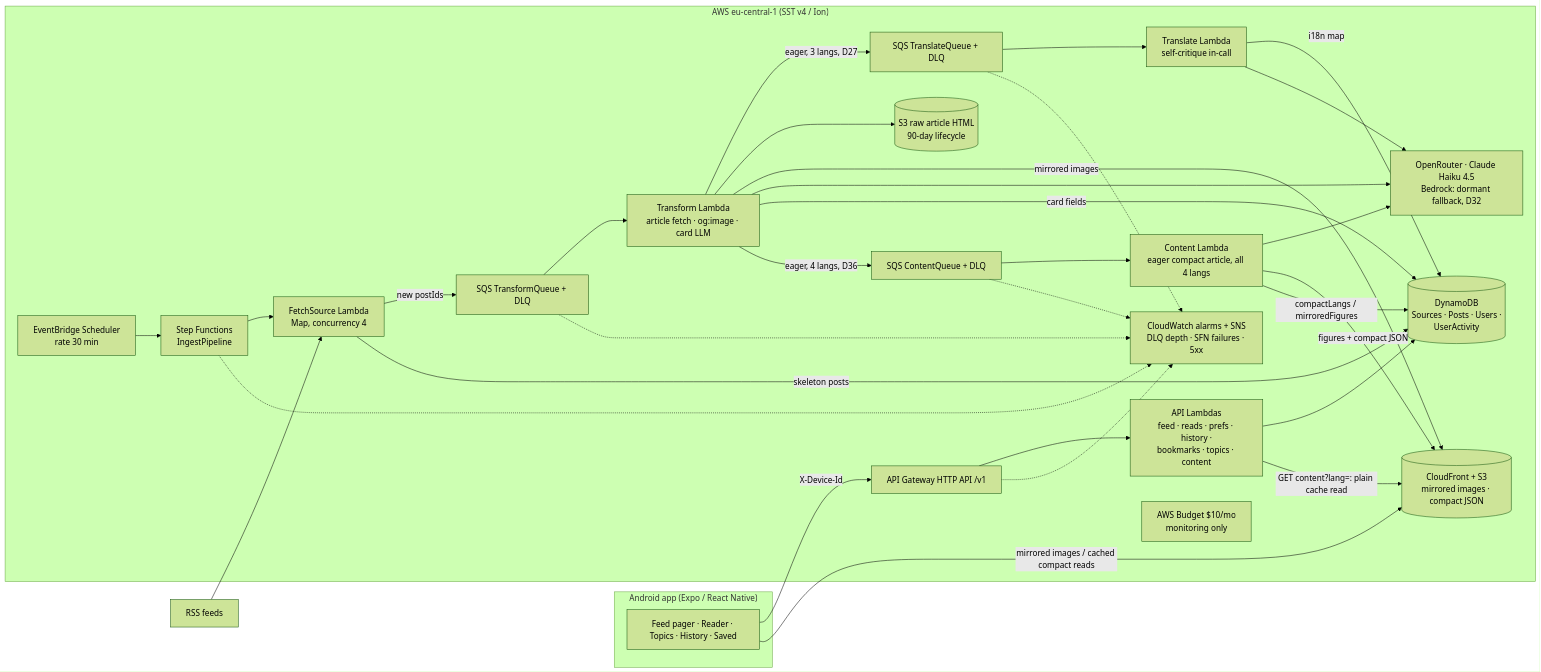
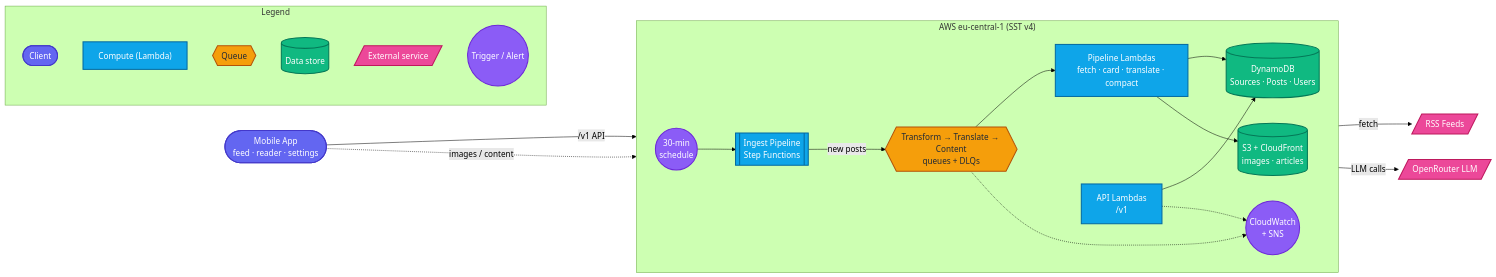
One commit to tormozz48/techtok changed the diagram in README.md. Above: the diagram before and after it, drawn with Mermaid (forest theme). The commit also changed other lines of this file and 2 other files, not shown here.

Commit message:
docs: simplify README architecture diagram, sync RUNBOOK/DISTRIBUTION with D31/D32/D36
README's mermaid diagram collapses ~20 nodes into a shape-coded flow (client/
compute/queue/data/external/trigger) with a legend, and the opening blurb
leads with the product pitch instead of phase/decision-log jargon.

RUNBOOK.md and DISTRIBUTION.md had drifted from the pipeline they document:
- RUNBOOK's cap-tuning playbook is gone (D31 deleted all daily LLM caps);
  replaced with a monitoring-only spend section covering the AWS Budget
  alarm and its blindness to OpenRouter spend (D32).
- RUNBOOK's compact-generation section rewritten for eager generation
  (D36) — the content API is a pure cache read with no retry path, and a
  known gap (no ContentDLQ depth alarm) is now flagged.
- DISTRIBUTION.md marks `eas init` as already done, fixes the stale
  eas.json placeholder text, drops the retired push-notification caveat
  (D29), and notes build.gradle's versionCode is now auto-synced by CI
  (D35) instead of requiring a manual bump.

````diff
--- a/README.md
+++ b/README.md
@@ -13,51 +13,49 @@
 ```mermaid
 flowchart LR
-  subgraph Mobile["Android app (Expo / React Native)"]
-    APP[Feed pager · Reader · Topics · History · Saved]
+  classDef client fill:#6366f1,stroke:#4338ca,color:#fff,stroke-width:2px
+  classDef compute fill:#0ea5e9,stroke:#0369a1,color:#fff,stroke-width:2px
+  classDef queue fill:#f59e0b,stroke:#b45309,color:#1f2937,stroke-width:2px
+  classDef data fill:#10b981,stroke:#047857,color:#fff,stroke-width:2px
+  classDef external fill:#ec4899,stroke:#be185d,color:#fff,stroke-width:2px
+  classDef trigger fill:#8b5cf6,stroke:#6d28d9,color:#fff,stroke-width:2px
+
+  MOBILE(["Mobile App<br/>feed · reader · settings"]):::client
+
+  subgraph AWS["AWS eu-central-1 (SST v4)"]
+    direction LR
+    CRON((30-min<br/>schedule)):::trigger
+    PIPE[["Ingest Pipeline<br/>Step Functions"]]:::compute
+    API["API Lambdas<br/>/v1"]:::compute
+    QUEUES{{"Transform → Translate → Content<br/>queues + DLQs"}}:::queue
+    WORKERS["Pipeline Lambdas<br/>fetch · card · translate · compact"]:::compute
+    DB[("DynamoDB<br/>Sources · Posts · Users")]:::data
+    STORE[("S3 + CloudFront<br/>images · articles")]:::data
+    ALARM(("CloudWatch<br/>+ SNS")):::trigger
   end
 
-  subgraph AWS["AWS eu-central-1 (SST v4 / Ion)"]
-    APIGW[API Gateway HTTP API /v1]
-    FN_API[API Lambdas<br/>feed · reads · prefs · history ·<br/>bookmarks · topics · content]
-    DDB[(DynamoDB<br/>Sources · Posts · Users ·<br/>UserActivity)]
-    EB[EventBridge Scheduler<br/>rate 30 min]
-    SFN[Step Functions<br/>IngestPipeline]
-    FETCH[FetchSource Lambda<br/>Map, concurrency 4]
-    TQ[SQS TransformQueue + DLQ]
-    TRQ[SQS TranslateQueue + DLQ]
-    CQ[SQS ContentQueue + DLQ]
-    TRANSFORM[Transform Lambda<br/>article fetch · og:image · card LLM]
-    TRANSLATE[Translate Lambda<br/>self-critique in-call]
-    CONTENT[Content Lambda<br/>eager compact article, all 4 langs]
-    S3RAW[(S3 raw article HTML<br/>90-day lifecycle)]
-    CDN[(CloudFront + S3<br/>mirrored images · compact JSON)]
-    LLM[OpenRouter · Claude Haiku 4.5<br/>Bedrock: dormant fallback, D32]
-    CW[CloudWatch alarms + SNS<br/>DLQ depth · SFN failures · 5xx]
-    BUDGET[AWS Budget $10/mo<br/>monitoring only]
+  RSS[/RSS Feeds/]:::external
+  LLM[/OpenRouter LLM/]:::external
+
+  CRON --> PIPE
+  PIPE -- fetch --> RSS
+  PIPE -- "new posts" --> QUEUES
+  QUEUES --> WORKERS
+  WORKERS -- "LLM calls" --> LLM
+  WORKERS --> DB
+  WORKERS --> STORE
+  MOBILE -- "/v1 API" --> API
+  API --> DB
+  MOBILE -. "images / content" .-> STORE
+  QUEUES -.-> ALARM
+  API -.-> ALARM
+
+  subgraph LEGEND["Legend"]
+    direction TB
+    L1(["Client"]):::client
+    L2["Compute (Lambda)"]:::compute
+    L3{{"Queue"}}:::queue
+    L4[("Data store")]:::data
+    L5[/"External service"/]:::external
+    L6(("Trigger / Alert")):::trigger
   end
-
-  SOURCES[RSS feeds] --> FETCH
-  APP -- "X-Device-Id" --> APIGW --> FN_API --> DDB
-  APP -- mirrored images / cached compact reads --> CDN
-  EB --> SFN --> FETCH
-  FETCH -- new postIds --> TQ --> TRANSFORM
-  FETCH -- skeleton posts --> DDB
-  TRANSFORM -- eager, 3 langs, D27 --> TRQ --> TRANSLATE
-  TRANSLATE -- i18n map --> DDB
-  TRANSLATE --> LLM
-  TRANSFORM --> S3RAW
-  TRANSFORM -- mirrored images --> CDN
-  TRANSFORM --> LLM
-  TRANSFORM -- card fields --> DDB
-  TRANSFORM -- eager, 4 langs, D36 --> CQ --> CONTENT
-  CONTENT --> LLM
-  CONTENT -- figures + compact JSON --> CDN
-  CONTENT -- compactLangs / mirroredFigures --> DDB
-  FN_API -- "GET content?lang=: plain cache read" --> CDN
-  TQ -.-> CW
-  TRQ -.-> CW
-  CQ -.-> CW
-  SFN -.-> CW
-  APIGW -.-> CW
-  AWS -.-> BUDGET
 ```
````
